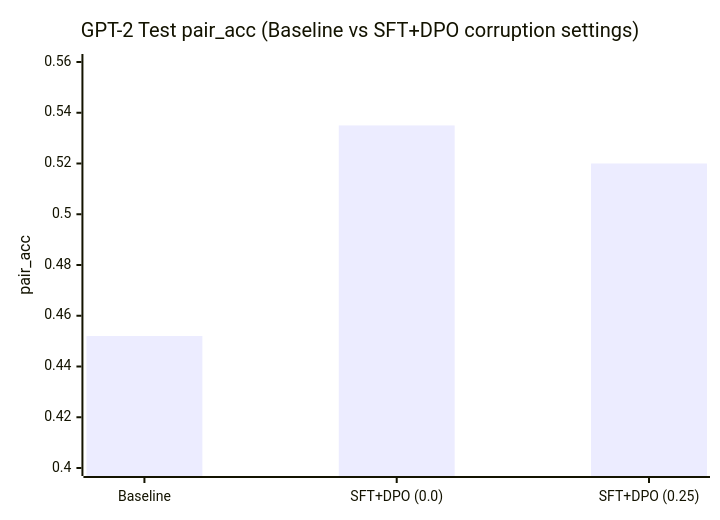
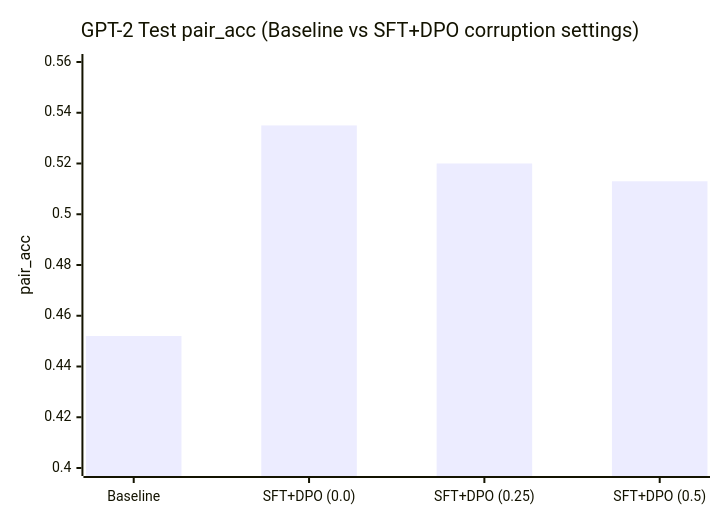
One commit to ethanlou36/implicit_finetuning changed the first of 2 diagrams in README.md. Above: the diagram before and after it, drawn with Mermaid. The commit also changed other lines of this file, not shown here.

````diff
--- a/README.md
+++ b/README.md
@@ -122,7 +123,7 @@
 ```mermaid
 xychart-beta
     title "GPT-2 Test pair_acc (Baseline vs SFT+DPO corruption settings)"
-    x-axis ["Baseline", "SFT+DPO (0.0)", "SFT+DPO (0.25)"]
+    x-axis ["Baseline", "SFT+DPO (0.0)", "SFT+DPO (0.25)", "SFT+DPO (0.5)"]
     y-axis "pair_acc" 0.40 --> 0.56
-    bar [0.452, 0.535, 0.520]
+    bar [0.452, 0.535, 0.520, 0.513]
 ```
````
